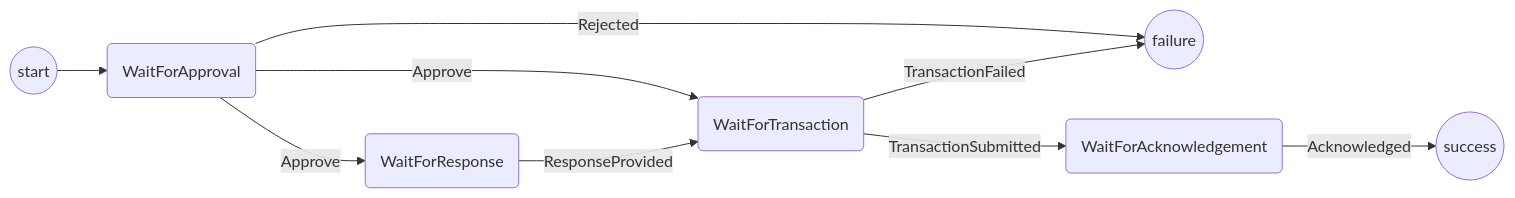
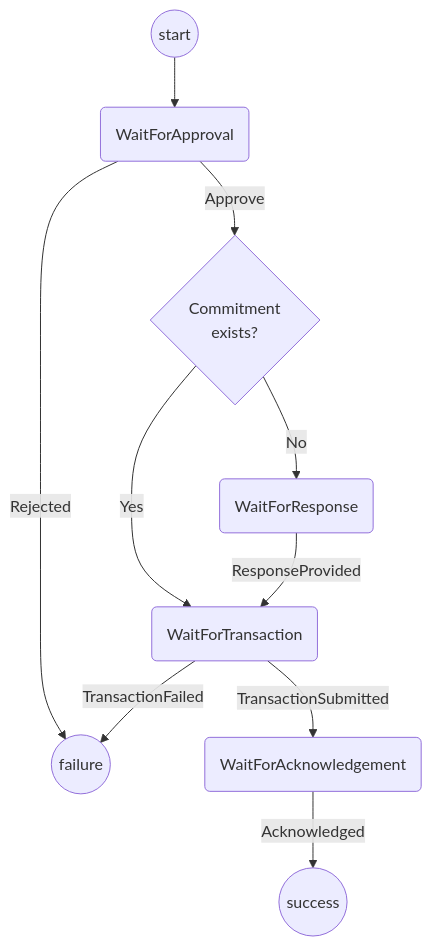
Before and after one commit to magmo/apps: the diagram in packages/wallet/src/redux/protocols/responding/readme.md, drawn with Mermaid.

Commit message:
Tweaks to state machine

````diff
--- a/packages/wallet/src/redux/protocols/responding/readme.md
+++ b/packages/wallet/src/redux/protocols/responding/readme.md
@@ -19,11 +19,12 @@
 ```mermaid
-graph LR
+graph TD
   St((start)) --> WFAp(WaitForApproval)
-  WFAp-->|Approve|WFT(WaitForTransaction)
-  WFAp-->|Approve|WFR(WaitForResponse)
-  WFR-->|ResponseProvided|WFT(WaitForTransaction)
-  WFAp-->|Rejected|F((failure))
+  WFAp--> |Approve| HC{Commitment<br/>exists?}
+  HC --> |Yes| WFT(WaitForTransaction)
+  HC --> |No| WFR(WaitForResponse)
+  WFR-->|ResponseProvided| WFT(WaitForTransaction)
+  WFAp-->|Rejected| F((failure))
   WFT --> |TransactionSubmitted| WFAc(WaitForAcknowledgement)
-  WFAc-->|Acknowledged|S((success))
+  WFAc-->|Acknowledged| S((success))
   WFT --> |TransactionFailed| F((failure))
 ```
````
